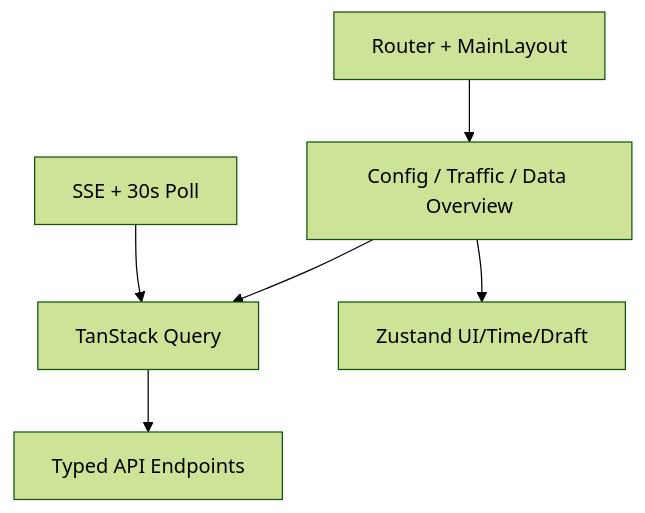
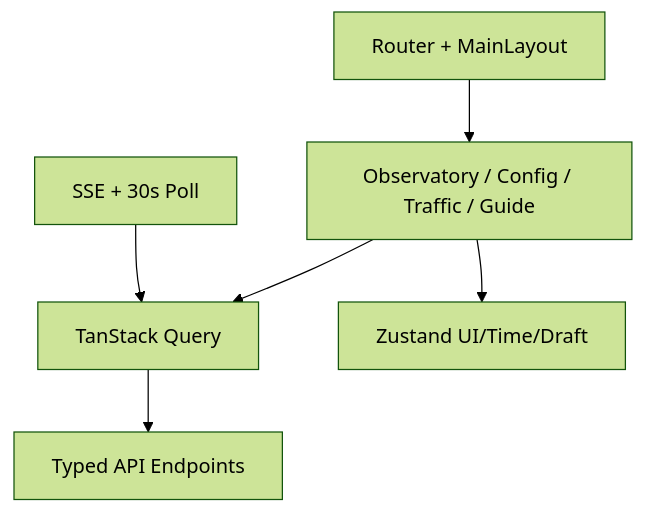
The fourth of 4 diagrams in docs/overview/ARCHITECTURE_OVERVIEW.md (3900563672/hello-k8s-ai), drawn with Mermaid (forest theme) before and after one commit. The commit also changed other lines of this file and 20 other files, not shown here.

````diff
--- a/docs/overview/ARCHITECTURE_OVERVIEW.md
+++ b/docs/overview/ARCHITECTURE_OVERVIEW.md
@@ -96,8 +103,8 @@
 ```mermaid
 flowchart TD
-  R["Router + MainLayout"] --> P["Config / Traffic / Data Overview"]
+  R["Router + MainLayout"] --> P["Observatory / Config / Traffic / Guide"]
   P --> Q["TanStack Query"]
   P --> Z["Zustand UI/Time/Draft"]
   Q --> API["Typed API Endpoints"]
   SYNC["SSE + 30s Poll"] --> Q
 ```
````
